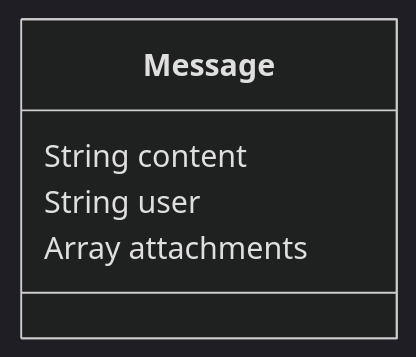
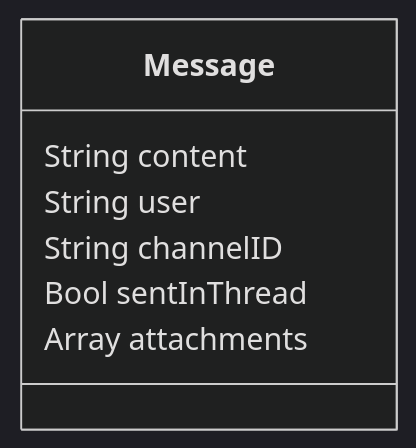
Before and after one commit to JBDiscord/Archiver-Bot: the second of 2 diagrams in DESIGN.md, drawn with Mermaid (dark theme). The commit also changed other lines of this file, not shown here.

````diff
--- a/DESIGN.md
+++ b/DESIGN.md
@@ -57,8 +54,10 @@
 ```mermaid
 classDiagram
 class Message{
     String content
     String user
+    String channelID
+    Bool sentInThread
     Array<String> attachments
 }
 ```
````
